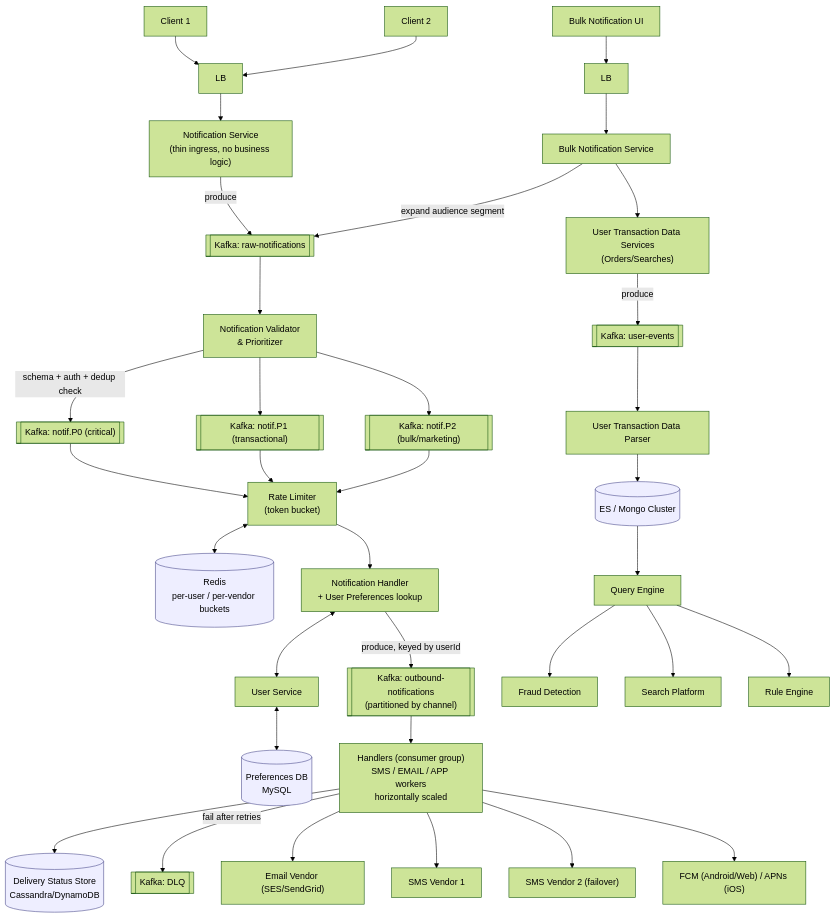
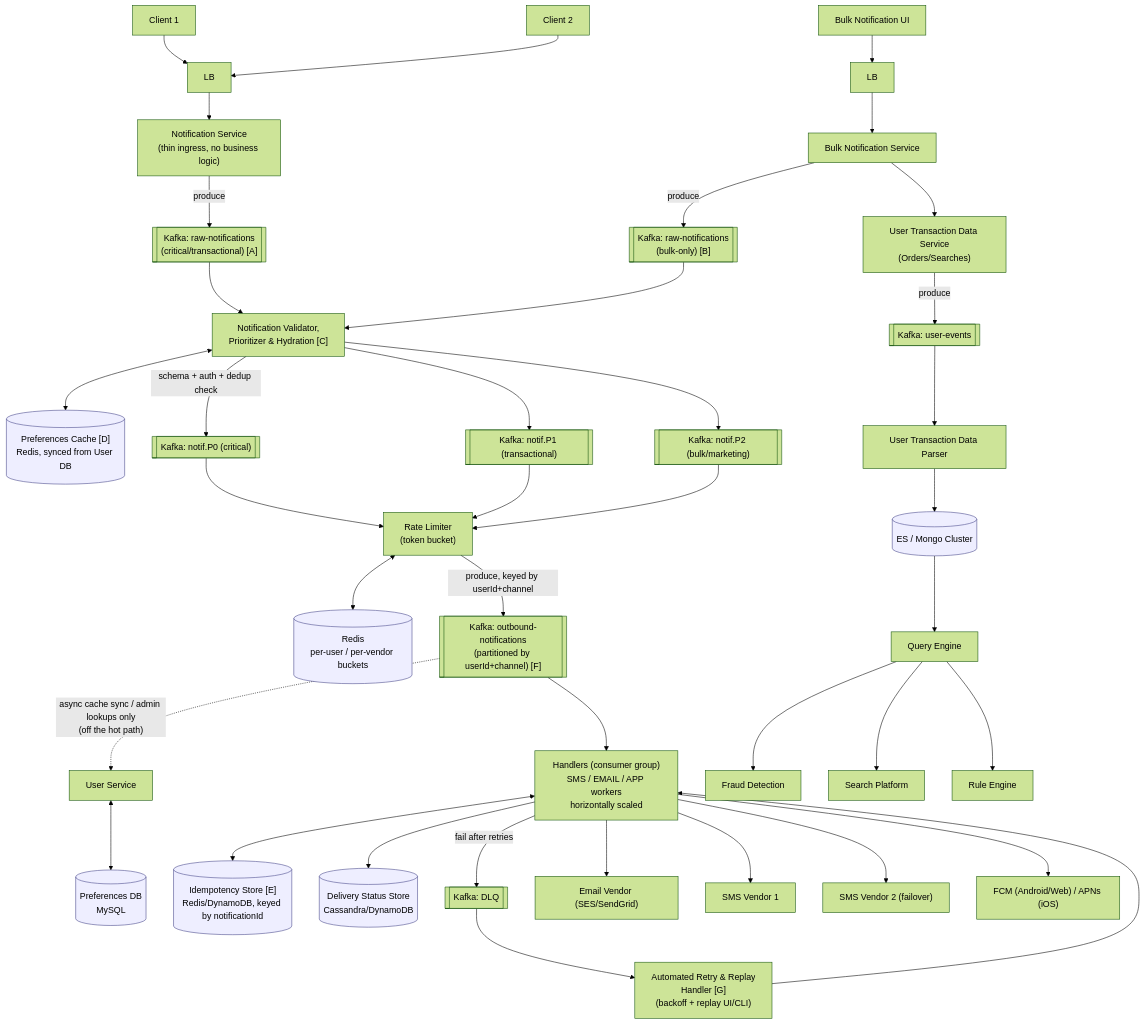
One commit to IdanArgaman/System_Design changed the diagram in designs/01-notification-system.md. Above: the diagram before and after it, drawn with Mermaid (forest theme). The commit also changed other lines of this file, not shown here.

````diff
--- a/designs/01-notification-system.md
+++ b/designs/01-notification-system.md
@@ -21,47 +23,51 @@
 ```mermaid
 flowchart TD
     C1[Client 1] --> LB1["LB"]
     C2[Client 2] --> LB1
     LB1 --> NS["Notification Service<br/>(thin ingress, no business logic)"]
-    NS -->|produce| K1[["Kafka: raw-notifications"]]
+    NS -->|produce| K1A[["Kafka: raw-notifications<br/>(critical/transactional) [A]"]]
 
-    K1 --> NVP["Notification Validator<br/>& Prioritizer"]
-    NVP -->|"schema + auth + dedup check"| K2P0[["Kafka: notif.P0 (critical)"]]
-    NVP --> K2P1[["Kafka: notif.P1 (transactional)"]]
-    NVP --> K2P2[["Kafka: notif.P2 (bulk/marketing)"]]
+    BUI["Bulk Notification UI"] --> LB2["LB"]
+    LB2 --> BNS["Bulk Notification Service"]
+    BNS -->|produce| K1B[["Kafka: raw-notifications<br/>(bulk-only) [B]"]]
+    BNS --> UTS["User Transaction Data Service<br/>(Orders/Searches)"]
+
+    K1A --> NVPH["Notification Validator,<br/>Prioritizer & Hydration [C]"]
+    K1B --> NVPH
+    NVPH <--> PC[("Preferences Cache [D]<br/>Redis, synced from User DB")]
+    NVPH -->|"schema + auth + dedup check"| K2P0[["Kafka: notif.P0 (critical)"]]
+    NVPH --> K2P1[["Kafka: notif.P1 (transactional)"]]
+    NVPH --> K2P2[["Kafka: notif.P2 (bulk/marketing)"]]
 
     K2P0 --> RL["Rate Limiter<br/>(token bucket)"]
     K2P1 --> RL
     K2P2 --> RL
     RL <--> Redis1[("Redis<br/>per-user / per-vendor buckets")]
 
-    RL --> NH["Notification Handler<br/>+ User Preferences lookup"]
-    NH <--> US["User Service"]
+    RL -->|"produce, keyed by userId+channel"| K3[["Kafka: outbound-notifications<br/>(partitioned by userId+channel) [F]"]]
+    K3 -.->|"async cache sync / admin lookups only<br/>(off the hot path)"| US["User Service"]
     US <--> PDB[("Preferences DB<br/>MySQL")]
-    NH -->|produce, keyed by userId| K3[["Kafka: outbound-notifications<br/>(partitioned by channel)"]]
 
     K3 --> H["Handlers (consumer group)<br/>SMS / EMAIL / APP workers<br/>horizontally scaled"]
+    H <--> IdemStore[("Idempotency Store [E]<br/>Redis/DynamoDB, keyed by notificationId")]
     H --> STDB[("Delivery Status Store<br/>Cassandra/DynamoDB")]
     H -->|fail after retries| DLQ[["Kafka: DLQ"]]
+    DLQ --> RetryH["Automated Retry & Replay<br/>Handler [G]<br/>(backoff + replay UI/CLI)"]
+    RetryH --> H
 
     H --> EmailV["Email Vendor (SES/SendGrid)"]
     H --> SmsV1["SMS Vendor 1"]
     H --> SmsV2["SMS Vendor 2 (failover)"]
     H --> Push["FCM (Android/Web) / APNs (iOS)"]
-
-    BUI["Bulk Notification UI"] --> LB2["LB"]
-    LB2 --> BNS["Bulk Notification Service"]
-    BNS --> UTS["User Transaction Data Services<br/>(Orders/Searches)"]
-    BNS -->|"expand audience segment"| K1
 
     UTS -->|produce| K4[["Kafka: user-events"]]
     K4 --> UTP["User Transaction Data Parser"]
     UTP --> ES[("ES / Mongo Cluster")]
     ES --> QE["Query Engine"]
     QE --> Fraud["Fraud Detection"]
     QE --> Search["Search Platform"]
     QE --> Rule["Rule Engine"]
 
     classDef store fill:#eef,stroke:#448
-    class Redis1,PDB,STDB,ES store
+    class Redis1,PDB,STDB,ES,PC,IdemStore store
 ```
````
